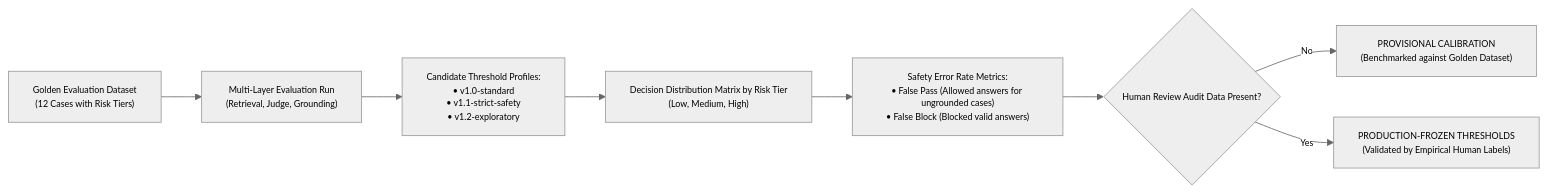
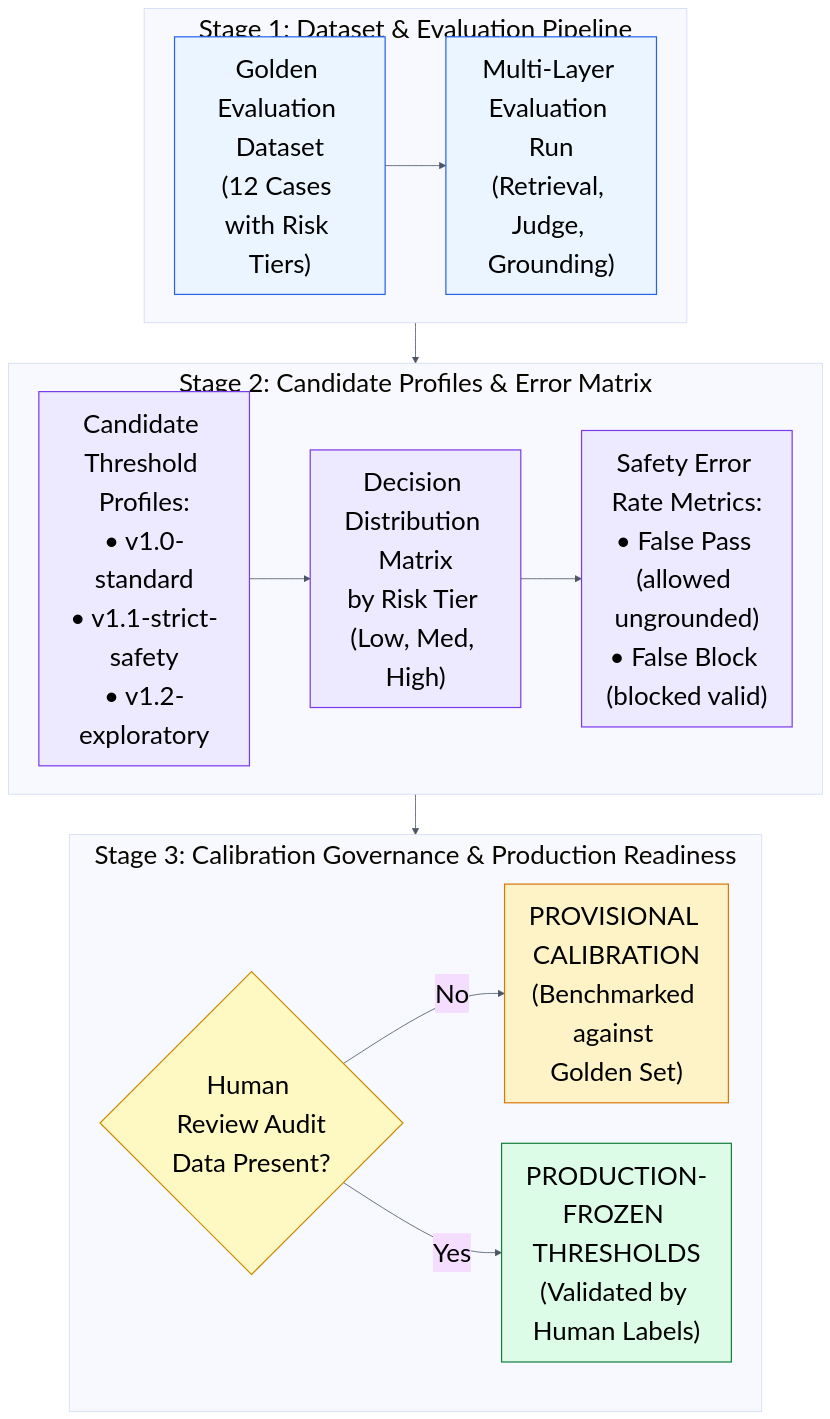
The diagram in workflow/04_threshold_calibration.mmd (the-write-path-code/ch04-debugging-hallucinations-math), drawn with Mermaid before and after one commit. The commit also changed 4 other files, not shown here.

Commit message:
docs(workflow): optimize Chapter 4 diagrams for Wiley-IEEE typography & column geometry

```diff
--- a/workflow/04_threshold_calibration.mmd
+++ b/workflow/04_threshold_calibration.mmd
@@ -1,12 +1,34 @@
-%%{init: {"theme": "neutral", "themeVariables": {"fontFamily": "Arial, Helvetica, sans-serif", "fontSize": "11px", "actorFontSize": "11px", "noteFontSize": "10px", "messageFontSize": "10px"}}}%%
+%%{init: {"theme": "base", "themeVariables": {"fontFamily": "Arial, Helvetica, sans-serif", "fontSize": "32px", "primaryTextColor": "#000000", "lineColor": "#4B5563"}}}%%
+flowchart TD
+    subgraph Tier1 ["Stage 1: Dataset & Evaluation Pipeline"]
+        direction LR
+        GOLDEN["Golden Evaluation Dataset<br/>(12 Cases with Risk Tiers)"] --> EVAL["Multi-Layer Evaluation Run<br/>(Retrieval, Judge, Grounding)"]
+    end
 
-flowchart LR
-    GOLDEN["Golden Evaluation Dataset\n(12 Cases with Risk Tiers)"] --> EVAL["Multi-Layer Evaluation Run\n(Retrieval, Judge, Grounding)"]
-    EVAL --> PROFILES["Candidate Threshold Profiles:\n• v1.0-standard\n• v1.1-strict-safety\n• v1.2-exploratory"]
-    
-    PROFILES --> MATRIX["Decision Distribution Matrix by Risk Tier\n(Low, Medium, High)"]
-    MATRIX --> ERROR_ANALYSIS["Safety Error Rate Metrics:\n• False Pass (Allowed answers for ungrounded cases)\n• False Block (Blocked valid answers)"]
-    
-    ERROR_ANALYSIS --> CALIB_STATUS{"Human Review Audit Data Present?"}
-    CALIB_STATUS -->|No| PROV["PROVISIONAL CALIBRATION\n(Benchmarked against Golden Dataset)"]
-    CALIB_STATUS -->|Yes| PROD["PRODUCTION-FROZEN THRESHOLDS\n(Validated by Empirical Human Labels)"]
+    subgraph Tier2 ["Stage 2: Candidate Profiles & Error Matrix"]
+        direction LR
+        PROFILES["Candidate Threshold Profiles:<br/>• v1.0-standard<br/>• v1.1-strict-safety<br/>• v1.2-exploratory"] --> MATRIX["Decision Distribution Matrix<br/>by Risk Tier (Low, Med, High)"]
+        MATRIX --> ERROR["Safety Error Rate Metrics:<br/>• False Pass (allowed ungrounded)<br/>• False Block (blocked valid)"]
+    end
+
+    subgraph Tier3 ["Stage 3: Calibration Governance & Production Readiness"]
+        direction LR
+        CALIB{"Human Review Audit<br/>Data Present?"}
+        CALIB -->|No| PROV["PROVISIONAL CALIBRATION<br/>(Benchmarked against Golden Set)"]
+        CALIB -->|Yes| PROD["PRODUCTION-FROZEN THRESHOLDS<br/>(Validated by Human Labels)"]
+    end
+
+    Tier1 --> Tier2
+    Tier2 --> Tier3
+
+    classDef stage fill:#EBF5FF,stroke:#2563EB,color:#000000,stroke-width:1.5px
+    classDef profile fill:#EDE9FE,stroke:#7C3AED,color:#000000,stroke-width:1.5px
+    classDef check fill:#FEF9C3,stroke:#CA8A04,color:#000000,stroke-width:1.5px
+    classDef prov fill:#FEF3C7,stroke:#D97706,color:#000000,stroke-width:1.5px
+    classDef prod fill:#DCFCE7,stroke:#15803D,color:#000000,stroke-width:1.5px
+
+    class GOLDEN,EVAL stage
+    class PROFILES,MATRIX,ERROR profile
+    class CALIB check
+    class PROV prov
+    class PROD prod
```
